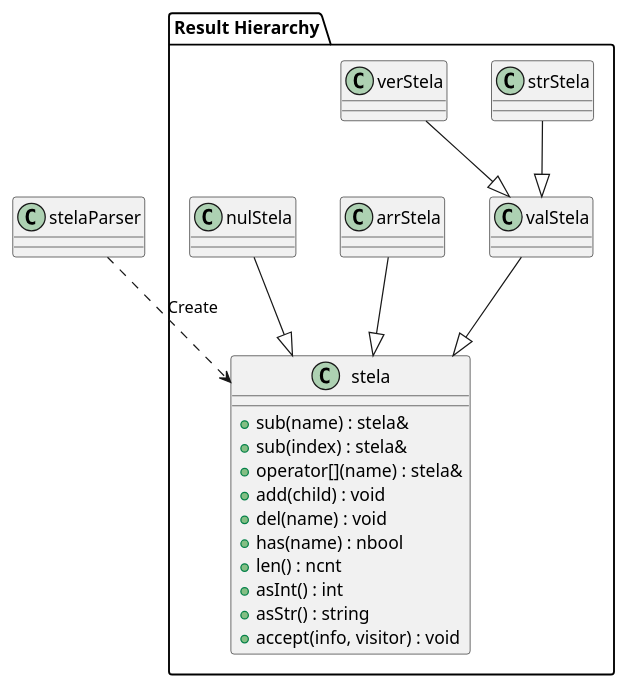
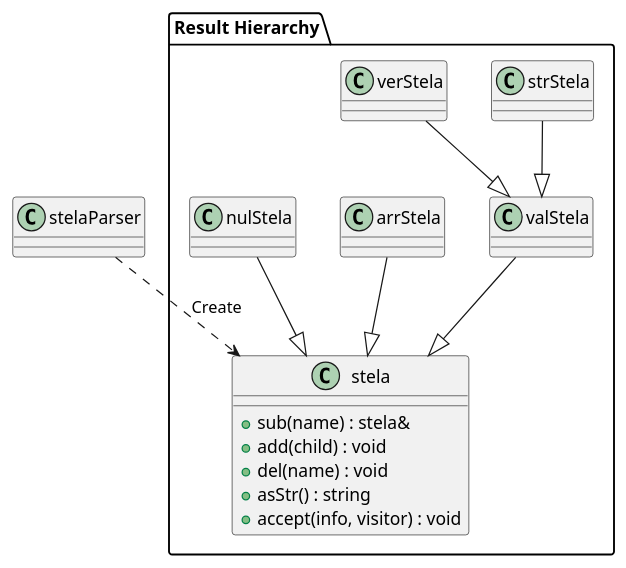
The second of 5 diagrams in doc/ref/ko/aj-architecture-stela.md (byeolang/byeol), drawn with PlantUML before and after one commit. The commit also changed other lines of this file, not shown here.

First line of the commit message:
doc(stela): trim verbose sections and fix awkward phrasing per review

```diff
--- a/doc/ref/ko/aj-architecture-stela.md
+++ b/doc/ref/ko/aj-architecture-stela.md
@@ -153,31 +148,26 @@
 @startuml
 package "Result Hierarchy" {
     class "stela" as stela {
         + sub(name) : stela&
-        + sub(index) : stela&
-        + operator[](name) : stela&
         + add(child) : void
         + del(name) : void
-        + has(name) : nbool
-        + len() : ncnt
-        + asInt() : int
         + asStr() : string
         + accept(info, visitor) : void
     }
 
     class "valStela" as valStela
     class "strStela" as strStela
     class "verStela" as verStela
     class "arrStela" as arrStela
     class "nulStela" as nulStela
 }
 
 stelaParser ..> stela : Create
 
 valStela --|> stela
 arrStela --|> stela
 nulStela --|> stela
 strStela --|> valStela
 verStela --|> valStela
 
 @enduml
```
